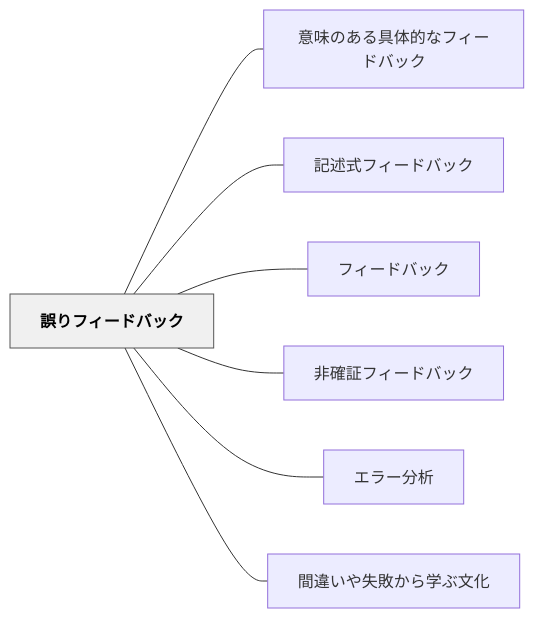
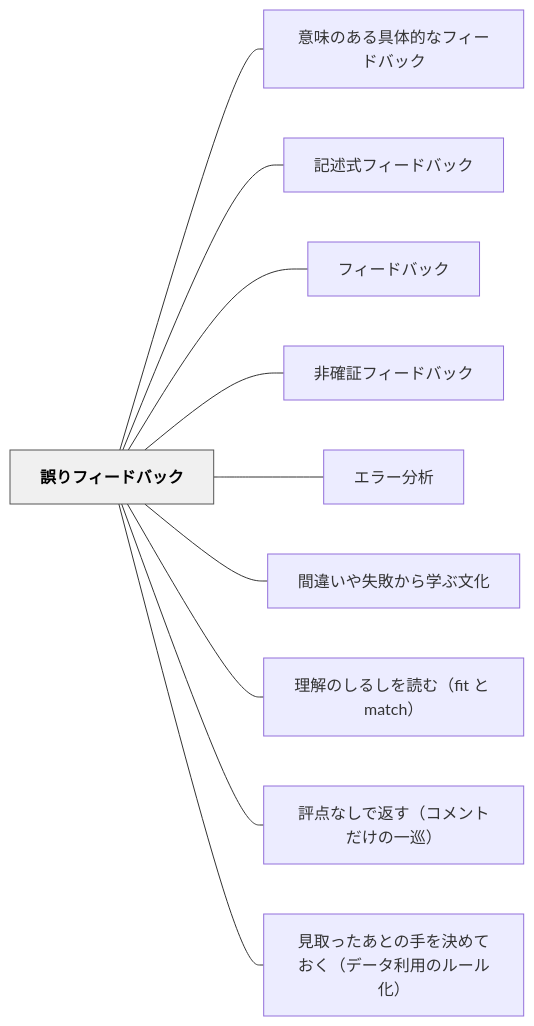
Before and after one commit to unknownthings-ed-patterns/unknownthings-ed-patterns: the diagram in content/パタン/誤りフィードバック.md, drawn with Mermaid. The commit also changed other lines of this file and 26 other files, not shown here.

````diff
--- a/content/パタン/誤りフィードバック.md
+++ b/content/パタン/誤りフィードバック.md
@@ -59,20 +62,26 @@
 ```mermaid
 flowchart LR
     ne8aaa4e3828ae38395e382a3e383bce38389e38390e38383e382af["誤りフィードバック"]
     ne6848fe591b3e381aee38182e3828be585b7e4bd93e79a84e381aae38395e382a3e383bce38389e38390e38383e382af["意味のある具体的なフィードバック"]
     ne8a898e8bfb0e5bc8fe38395e382a3e383bce38389e38390e38383e382af["記述式フィードバック"]
     ne38395e382a3e383bce38389e38390e38383e382af["フィードバック"]
     ne99d9ee7a2bae8a8bce38395e382a3e383bce38389e38390e38383e382af["非確証フィードバック"]
     ne382a8e383a9e383bce58886e69e90["エラー分析"]
     ne99693e98195e38184e38284e5a4b1e69597e3818be38289e5ada6e381b6e69687e58c96["間違いや失敗から学ぶ文化"]
+    ne79086e8a7a3e381aee38197e3828be38197e38292e8aaade38280efbc8866697420e381a8206d61746368efbc89["理解のしるしを読む（fit と match）"]
+    ne8a995e782b9e381aae38197e381a7e8bf94e38199efbc88e382b3e383a1e383b3e38388e381a0e38191e381aee4b880e5b7a1efbc89["評点なしで返す（コメントだけの一巡）"]
+    ne8a68be58f96e381a3e3819fe38182e381a8e381aee6898be38292e6b1bae38281e381a6e3818ae3818fefbc88e38387e383bce382bfe588a9e794a8e381aee383abe383bce383abe58c96efbc89["見取ったあとの手を決めておく（データ利用のルール化）"]
 
     ne8aaa4e3828ae38395e382a3e383bce38389e38390e38383e382af --- ne6848fe591b3e381aee38182e3828be585b7e4bd93e79a84e381aae38395e382a3e383bce38389e38390e38383e382af
     ne8aaa4e3828ae38395e382a3e383bce38389e38390e38383e382af --- ne8a898e8bfb0e5bc8fe38395e382a3e383bce38389e38390e38383e382af
     ne8aaa4e3828ae38395e382a3e383bce38389e38390e38383e382af --- ne38395e382a3e383bce38389e38390e38383e382af
     ne8aaa4e3828ae38395e382a3e383bce38389e38390e38383e382af --- ne99d9ee7a2bae8a8bce38395e382a3e383bce38389e38390e38383e382af
     ne8aaa4e3828ae38395e382a3e383bce38389e38390e38383e382af --- ne382a8e383a9e383bce58886e69e90
     ne8aaa4e3828ae38395e382a3e383bce38389e38390e38383e382af --- ne99693e98195e38184e38284e5a4b1e69597e3818be38289e5ada6e381b6e69687e58c96
+    ne8aaa4e3828ae38395e382a3e383bce38389e38390e38383e382af --- ne79086e8a7a3e381aee38197e3828be38197e38292e8aaade38280efbc8866697420e381a8206d61746368efbc89
+    ne8aaa4e3828ae38395e382a3e383bce38389e38390e38383e382af --- ne8a995e782b9e381aae38197e381a7e8bf94e38199efbc88e382b3e383a1e383b3e38388e381a0e38191e381aee4b880e5b7a1efbc89
+    ne8aaa4e3828ae38395e382a3e383bce38389e38390e38383e382af --- ne8a68be58f96e381a3e3819fe38182e381a8e381aee6898be38292e6b1bae38281e381a6e3818ae3818fefbc88e38387e383bce382bfe588a9e794a8e381aee383abe383bce383abe58c96efbc89
 
     classDef hub fill:#f0f0f0,stroke:#555,color:#000,font-weight:bold
     class ne8aaa4e3828ae38395e382a3e383bce38389e38390e38383e382af hub
 ```
````
